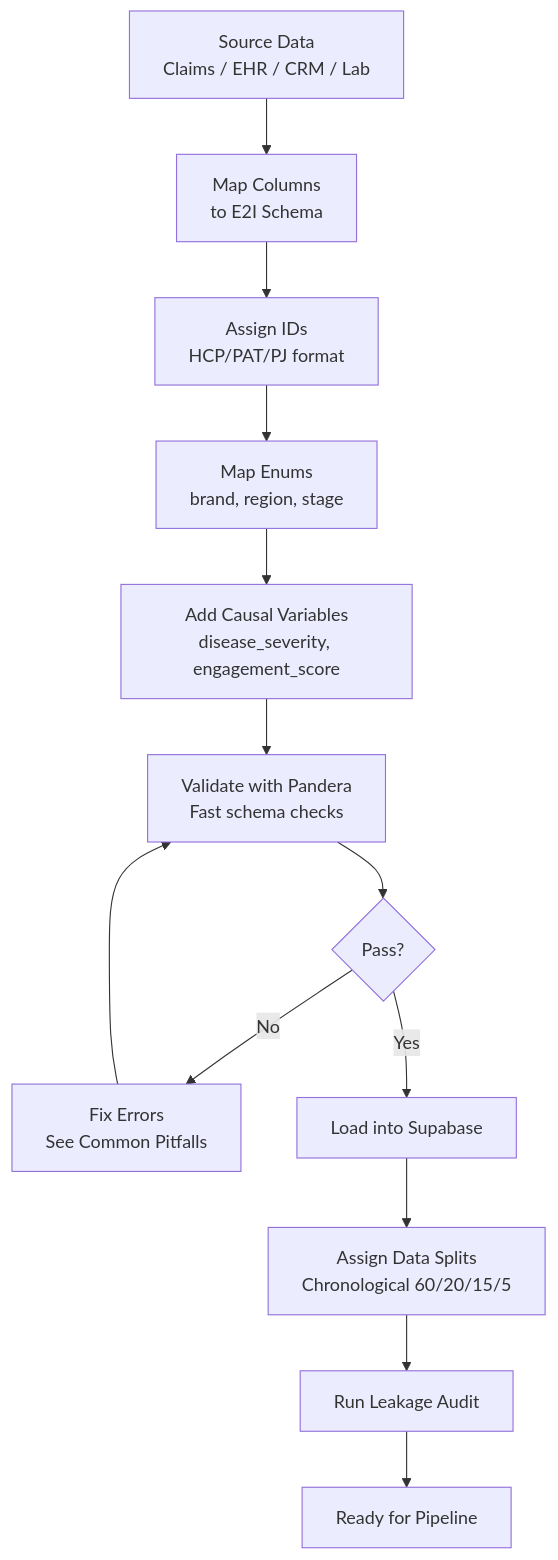
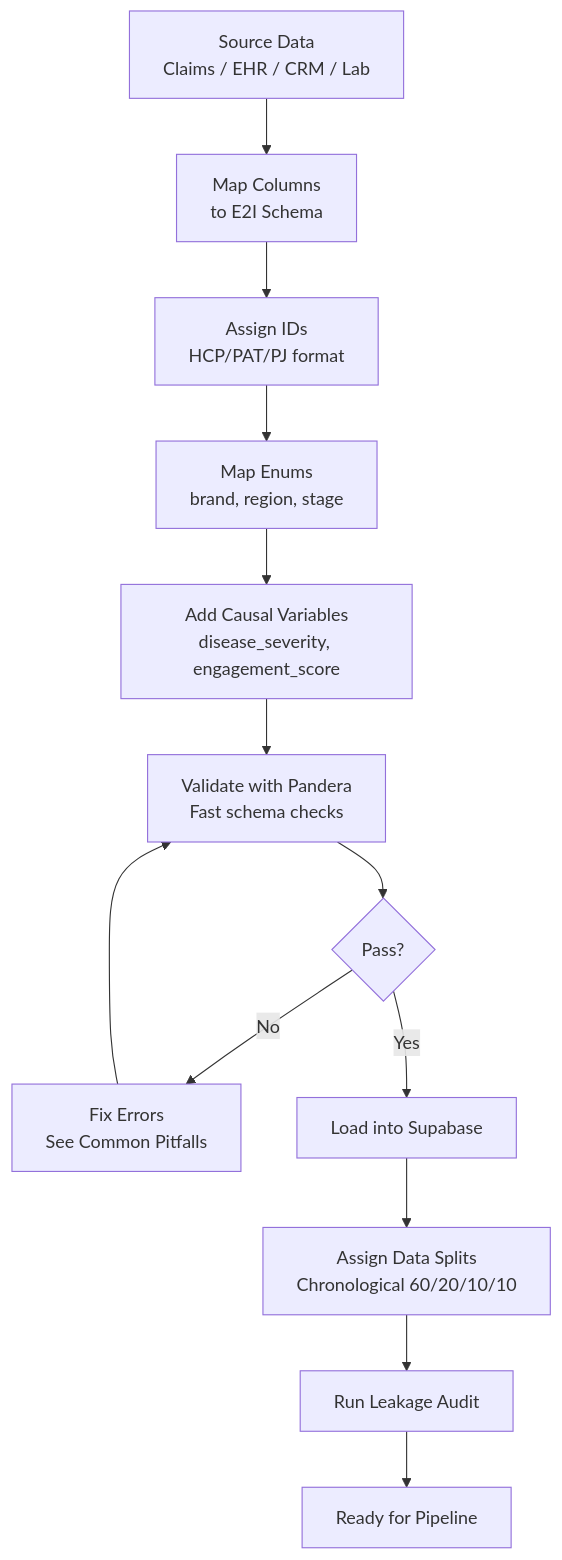
Before and after one commit to enunezvn/e2i_causal_analytics: the diagram in docs/data/01-DATA-CONVERSION-GUIDE.md, drawn with Mermaid. The commit also changed other lines of this file and 5 other files, not shown here.

````diff
--- a/docs/data/01-DATA-CONVERSION-GUIDE.md
+++ b/docs/data/01-DATA-CONVERSION-GUIDE.md
@@ -32,15 +32,15 @@
 ```mermaid
 flowchart TD
     A[Source Data<br/>Claims / EHR / CRM / Lab] --> B[Map Columns<br/>to E2I Schema]
     B --> C[Assign IDs<br/>HCP/PAT/PJ format]
     C --> D[Map Enums<br/>brand, region, stage]
     D --> E[Add Causal Variables<br/>disease_severity, engagement_score]
     E --> F[Validate with Pandera<br/>Fast schema checks]
     F --> G{Pass?}
     G -->|No| H[Fix Errors<br/>See Common Pitfalls]
     H --> F
     G -->|Yes| I[Load into Supabase]
-    I --> J[Assign Data Splits<br/>Chronological 60/20/15/5]
+    I --> J[Assign Data Splits<br/>Chronological 60/20/10/10]
     J --> K[Run Leakage Audit]
     K --> L[Ready for Pipeline]
 ```
````
